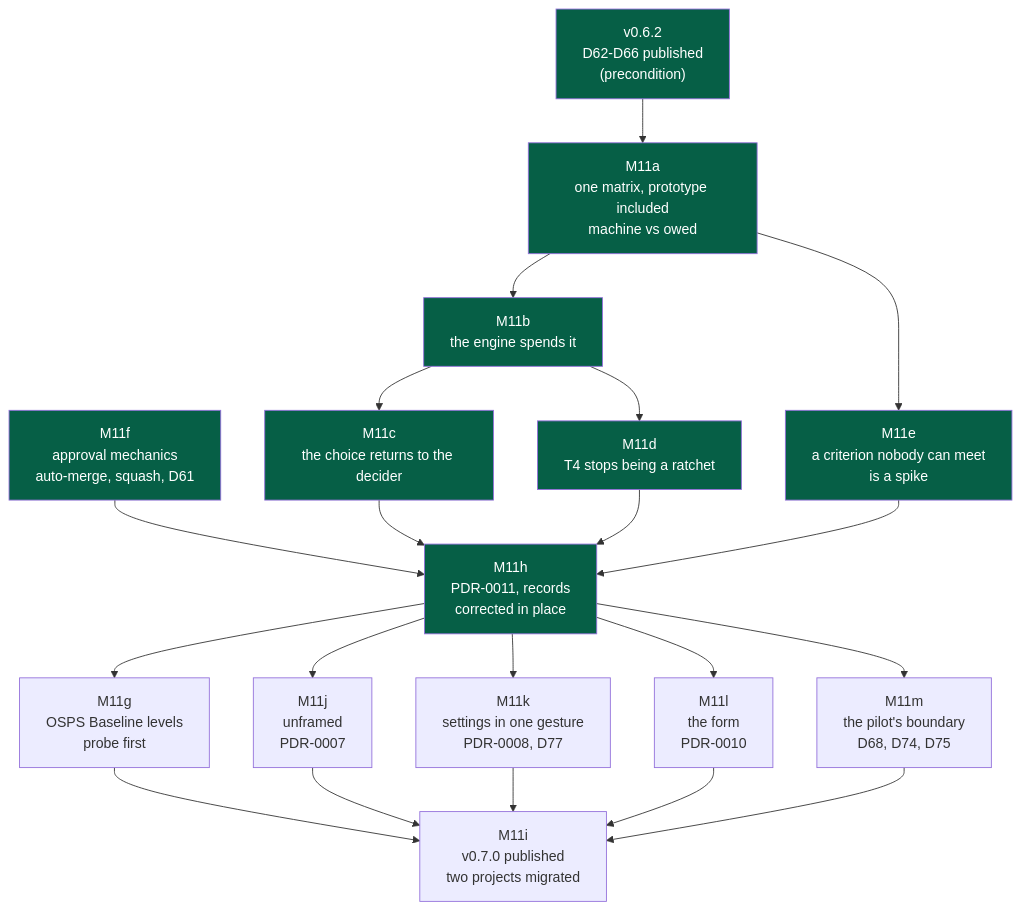
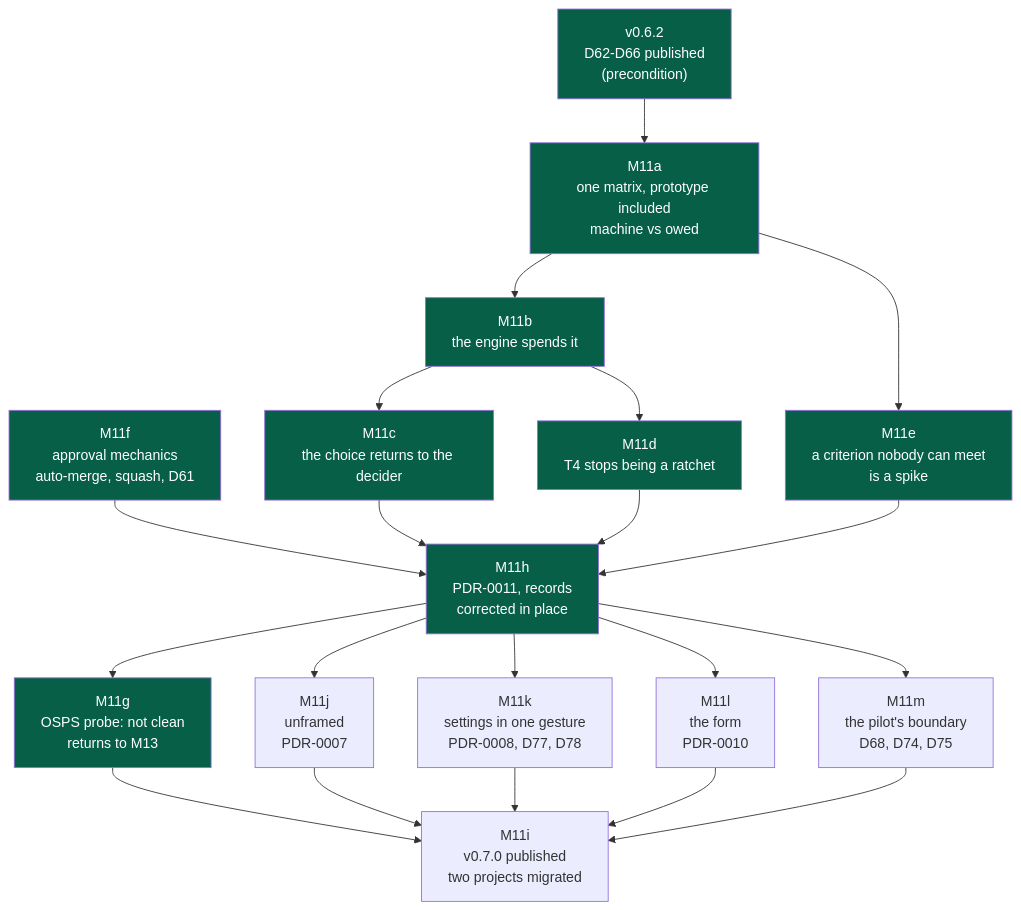
Before and after one commit to NapkinStack/engineering-os: the diagram in docs/governance/plans/2026-09-23-m11-ceremony-follows-consequence.md, drawn with Mermaid. The commit also changed other lines of this file and 4 other files, not shown here.

First line of the commit message:
M11g — the OSPS probe says not clean, and the exposure axis returns to M13 (#108)

````diff
--- a/docs/governance/plans/2026-09-23-m11-ceremony-follows-consequence.md
+++ b/docs/governance/plans/2026-09-23-m11-ceremony-follows-consequence.md
@@ -129,24 +129,24 @@
 ```mermaid
 flowchart TD
     V62["v0.6.2<br/>D62-D66 published<br/>(precondition)"]:::done --> A
     A["M11a<br/>one matrix, prototype included<br/>machine vs owed"]:::done --> B["M11b<br/>the engine spends it"]:::done
     B --> C["M11c<br/>the choice returns to the decider"]:::done
     B --> D["M11d<br/>T4 stops being a ratchet"]:::done
     A --> E["M11e<br/>a criterion nobody can meet<br/>is a spike"]:::done
     F["M11f<br/>approval mechanics<br/>auto-merge, squash, D61"]:::done --> H
     C --> H["M11h<br/>PDR-0011, records<br/>corrected in place"]:::done
     D --> H
     E --> H
-    H --> G["M11g<br/>OSPS Baseline levels<br/>probe first"]
+    H --> G["M11g<br/>OSPS probe: not clean<br/>returns to M13"]:::done
     H --> J["M11j<br/>unframed<br/>PDR-0007"]
-    H --> K["M11k<br/>settings in one gesture<br/>PDR-0008, D77"]
+    H --> K["M11k<br/>settings in one gesture<br/>PDR-0008, D77, D78"]
     H --> L["M11l<br/>the form<br/>PDR-0010"]
     H --> M["M11m<br/>the pilot's boundary<br/>D68, D74, D75"]
     G --> I["M11i<br/>v0.7.0 published<br/>two projects migrated"]
     J --> I
     K --> I
     L --> I
     M --> I
 
     classDef done fill:#065f46,color:#fff
 ```
````
